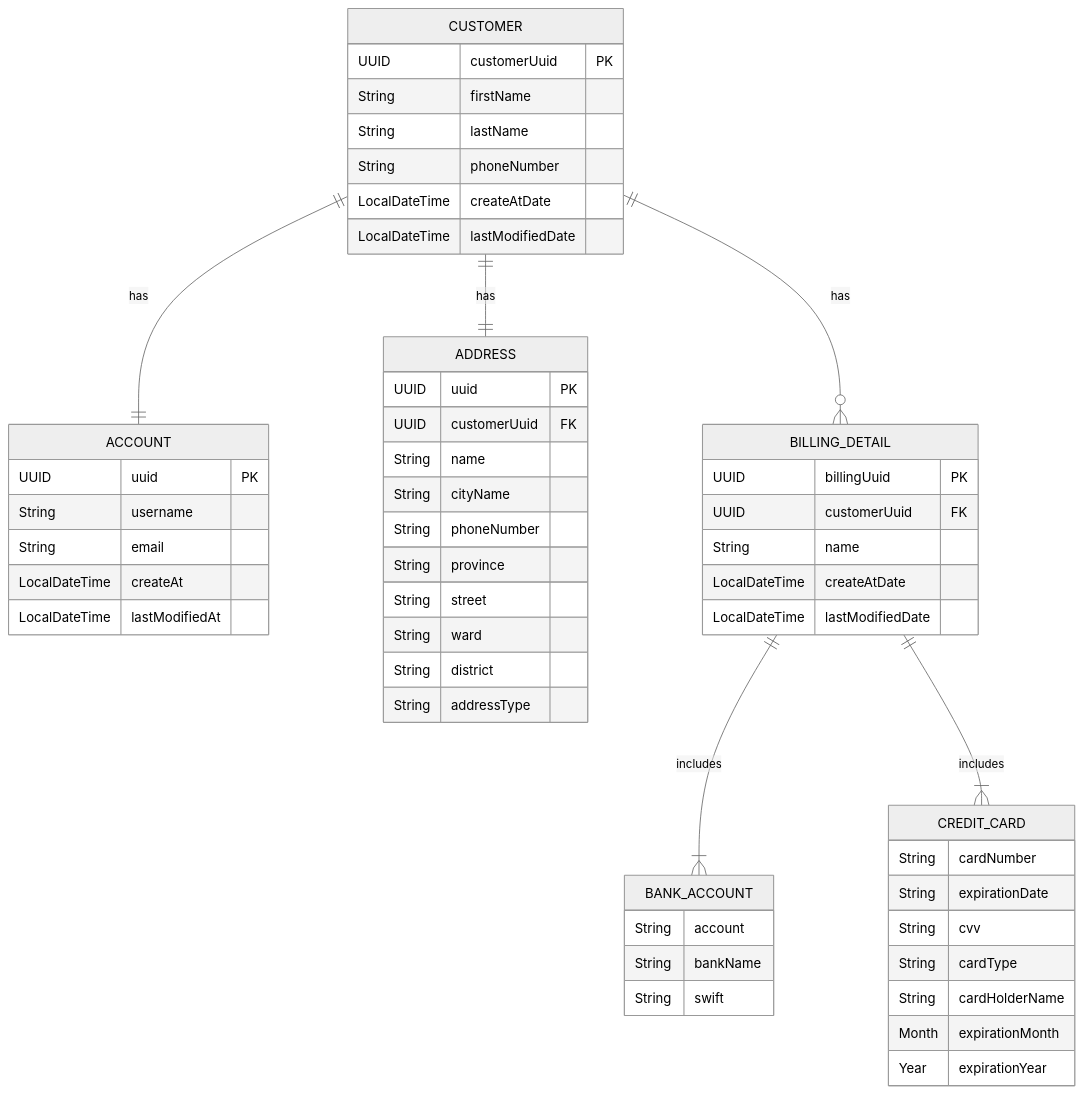
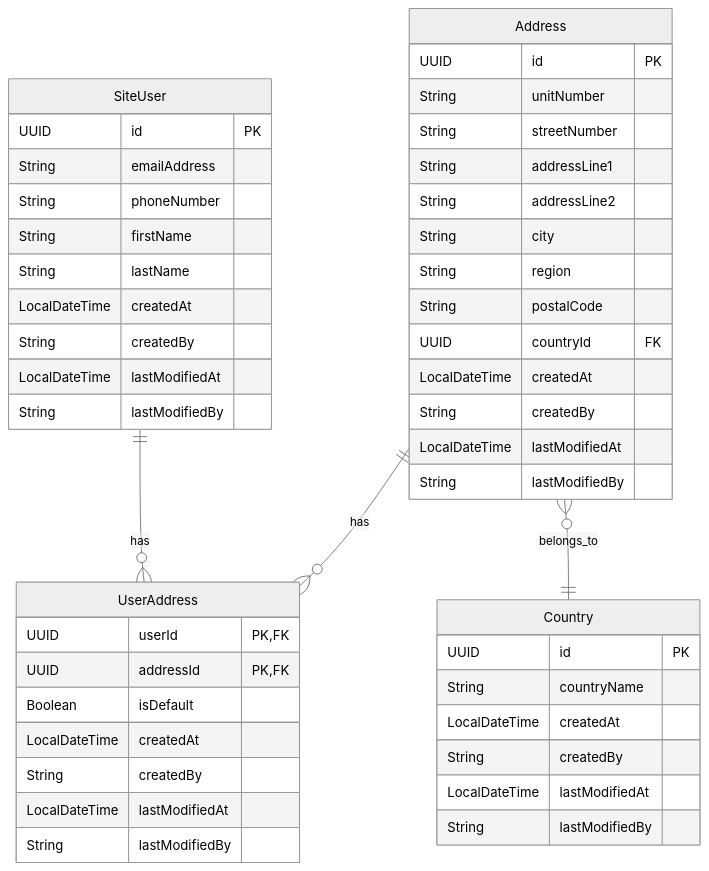
Before and after one commit to ngodat0103/yamp: the second of 2 diagrams in user-svc/README.md, drawn with Mermaid (neutral theme). The commit also changed other lines of this file and 143 other files, not shown here.

````diff
--- a/user-svc/README.md
+++ b/user-svc/README.md
@@ -37,57 +19,53 @@
 ```mermaid
 erDiagram
-    CUSTOMER {
-        UUID customerUuid PK
-        String firstName
-        String lastName
-        String phoneNumber
-        LocalDateTime createAtDate
-        LocalDateTime lastModifiedDate
-    }
-    ACCOUNT {
-        UUID uuid PK
-        String username
-        String email
-        LocalDateTime createAt
-        LocalDateTime lastModifiedAt
-    }
-    ADDRESS {
-        UUID uuid PK
-        UUID customerUuid FK
-        String name
-        String cityName
-        String phoneNumber
-        String province
-        String street
-        String ward
-        String district
-        String addressType
-    }
-    BILLING_DETAIL {
-        UUID billingUuid PK
-        UUID customerUuid FK
-        String name
-        LocalDateTime createAtDate
-        LocalDateTime lastModifiedDate
-    }
-    BANK_ACCOUNT {
-        String account
-        String bankName
-        String swift
-    }
-    CREDIT_CARD {
-        String cardNumber
-        String expirationDate
-        String cvv
-        String cardType
-        String cardHolderName
-        Month expirationMonth
-        Year expirationYear
-    }
+   SiteUser {
+      UUID id PK
+      String emailAddress
+      String phoneNumber
+      String firstName
+      String lastName
+      LocalDateTime createdAt
+      String createdBy
+      LocalDateTime lastModifiedAt
+      String lastModifiedBy
+   }
 
-    CUSTOMER ||--|| ACCOUNT : has
-    CUSTOMER ||--|| ADDRESS : has
-    CUSTOMER ||--o{ BILLING_DETAIL : has
-    BILLING_DETAIL ||--|{ BANK_ACCOUNT : includes
-    BILLING_DETAIL ||--|{ CREDIT_CARD : includes
+   Address {
+      UUID id PK
+      String unitNumber
+      String streetNumber
+      String addressLine1
+      String addressLine2
+      String city
+      String region
+      String postalCode
+      UUID countryId FK
+      LocalDateTime createdAt
+      String createdBy
+      LocalDateTime lastModifiedAt
+      String lastModifiedBy
+   }
+
+   Country {
+      UUID id PK
+      String countryName
+      LocalDateTime createdAt
+      String createdBy
+      LocalDateTime lastModifiedAt
+      String lastModifiedBy
+   }
+
+   UserAddress {
+      UUID userId PK, FK
+      UUID addressId PK, FK
+      Boolean isDefault
+      LocalDateTime createdAt
+      String createdBy
+      LocalDateTime lastModifiedAt
+      String lastModifiedBy
+   }
+
+   SiteUser ||--o{ UserAddress : has
+   Address ||--o{ UserAddress : has
+   Address }o--|| Country : belongs_to
 ```
````
